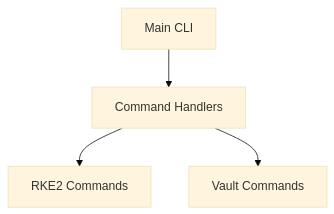
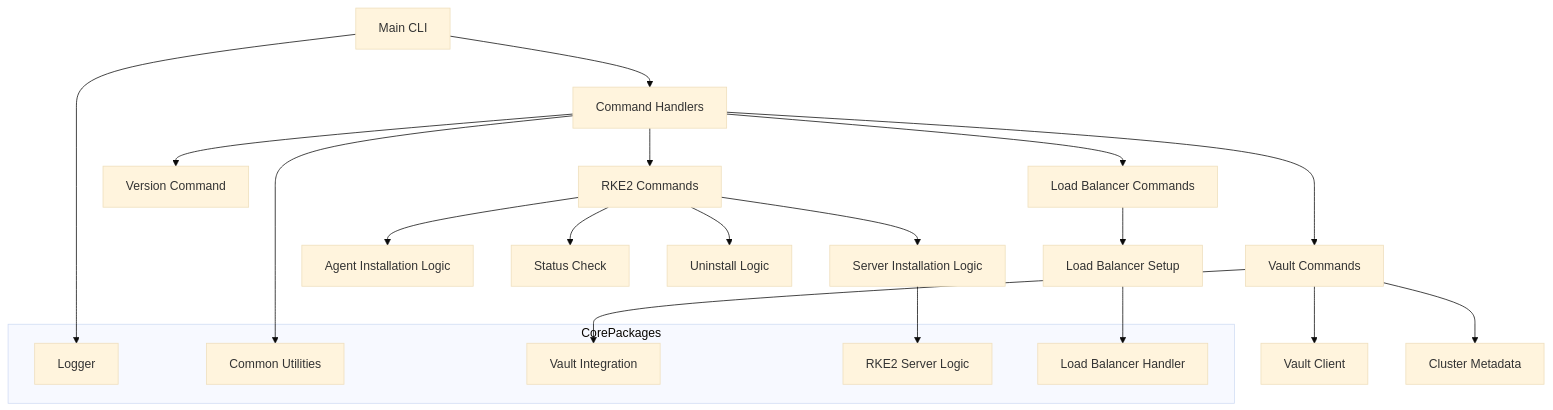
Before and after one commit to michielvha/edgectl: the diagram in architecture.md, drawn with Mermaid (base theme).

````diff
--- a/architecture.md
+++ b/architecture.md
@@ -10,6 +10,32 @@
 ```mermaid
 graph TD;
     A[Main CLI] --> B[Command Handlers];
     B --> C[RKE2 Commands];
     B --> D[Vault Commands];
+    B --> E[Version Command];
+    B --> F[Load Balancer Commands];
+
+    C --> G[Server Installation Logic];
+    C --> H[Agent Installation Logic];
+    C --> I[Status Check];
+    C --> J[Uninstall Logic];
+
+    D --> K[Vault Client];
+    D --> L[Cluster Metadata];
+
+    F --> M[Load Balancer Setup];
+
+    subgraph CorePackages;
+        P1[Logger];
+        P2[Common Utilities];
+        P3[Vault Integration];
+        P4[RKE2 Server Logic];
+        P5[Load Balancer Handler];
+    end;
+
+    A --> P1;
+    B --> P2;
+    D --> P3;
+    G --> P4;
+    M --> P5;
 ```
````
